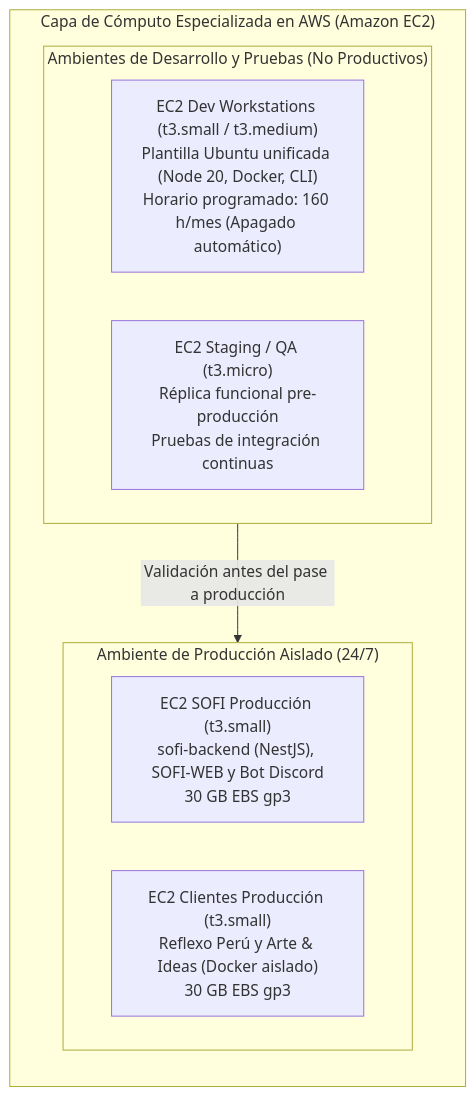
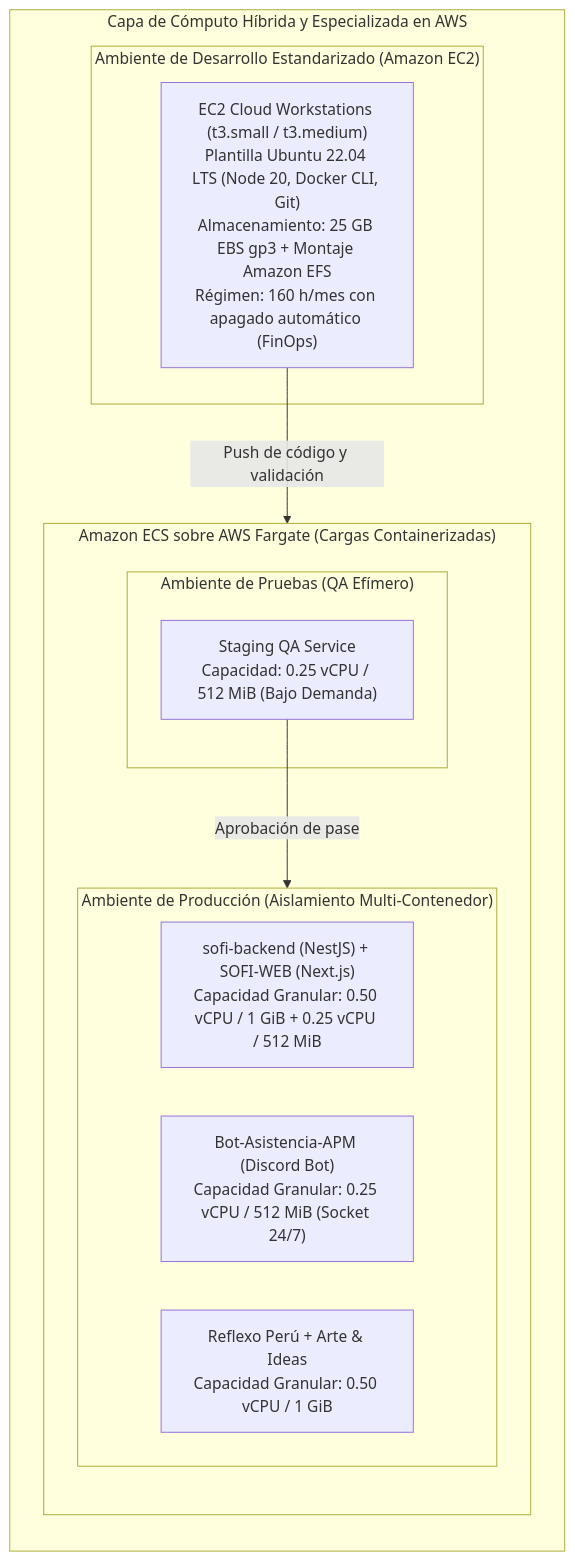
One commit to La-hermandad-del-codigo/presentacion-aws changed the first of 6 diagrams in docs/fase-2/entregable2_servicios_core_almacenamiento_y_bases_de_datos.md. Above: the diagram before and after it, drawn with Mermaid. The commit also changed other lines of this file and 14 other files, not shown here.

````diff
--- a/docs/fase-2/entregable2_servicios_core_almacenamiento_y_bases_de_datos.md
+++ b/docs/fase-2/entregable2_servicios_core_almacenamiento_y_bases_de_datos.md
@@ -15,18 +15,25 @@
 ```mermaid
 flowchart TD
-    subgraph CAPA_COMPUTO["Capa de Cómputo Especializada en AWS (Amazon EC2)"]
+    subgraph CAPA_COMPUTO["Capa de Cómputo Híbrida y Especializada en AWS"]
         direction TB
 
-        subgraph DEV_STAGE["Ambientes de Desarrollo y Pruebas (No Productivos)"]
-            EC2_DEV["EC2 Dev Workstations (t3.small / t3.medium)<br/>Plantilla Ubuntu unificada (Node 20, Docker, CLI)<br/>Horario programado: 160 h/mes (Apagado automático)"]
-            EC2_STAGE["EC2 Staging / QA (t3.micro)<br/>Réplica funcional pre-producción<br/>Pruebas de integración continuas"]
+        subgraph FARGATE_CLUSTER["Amazon ECS sobre AWS Fargate (Cargas Containerizadas)"]
+            direction TB
+            subgraph PROD_TASKS["Ambiente de Producción (Aislamiento Multi-Contenedor)"]
+                FARGATE_SOFI["sofi-backend (NestJS) + SOFI-WEB (Next.js)<br/>Capacidad Granular: 0.50 vCPU / 1 GiB + 0.25 vCPU / 512 MiB"]
+                FARGATE_BOT["Bot-Asistencia-APM (Discord Bot)<br/>Capacidad Granular: 0.25 vCPU / 512 MiB (Socket 24/7)"]
+                FARGATE_CLIENTES["Reflexo Perú + Arte & Ideas<br/>Capacidad Granular: 0.50 vCPU / 1 GiB"]
+            end
+            subgraph STAGE_TASKS["Ambiente de Pruebas (QA Efímero)"]
+                FARGATE_STAGE["Staging QA Service<br/>Capacidad: 0.25 vCPU / 512 MiB (Bajo Demanda)"]
+            end
         end
 
-        subgraph PROD["Ambiente de Producción Aislado (24/7)"]
-            EC2_SOFI["EC2 SOFI Producción (t3.small)<br/>sofi-backend (NestJS), SOFI-WEB y Bot Discord<br/>30 GB EBS gp3"]
-            EC2_CLIENTES["EC2 Clientes Producción (t3.small)<br/>Reflexo Perú y Arte & Ideas (Docker aislado)<br/>30 GB EBS gp3"]
+        subgraph EC2_DEV_ENV["Ambiente de Desarrollo Estandarizado (Amazon EC2)"]
+            EC2_DEV["EC2 Cloud Workstations (t3.small / t3.medium)<br/>Plantilla Ubuntu 22.04 LTS (Node 20, Docker CLI, Git)<br/>Almacenamiento: 25 GB EBS gp3 + Montaje Amazon EFS<br/>Régimen: 160 h/mes con apagado automático (FinOps)"]
         end
     end
 
-    DEV_STAGE -->|Validación antes del pase a producción| PROD
+    EC2_DEV -->|Push de código y validación| FARGATE_STAGE
+    FARGATE_STAGE -->|Aprobación de pase| PROD_TASKS
 ```
````
